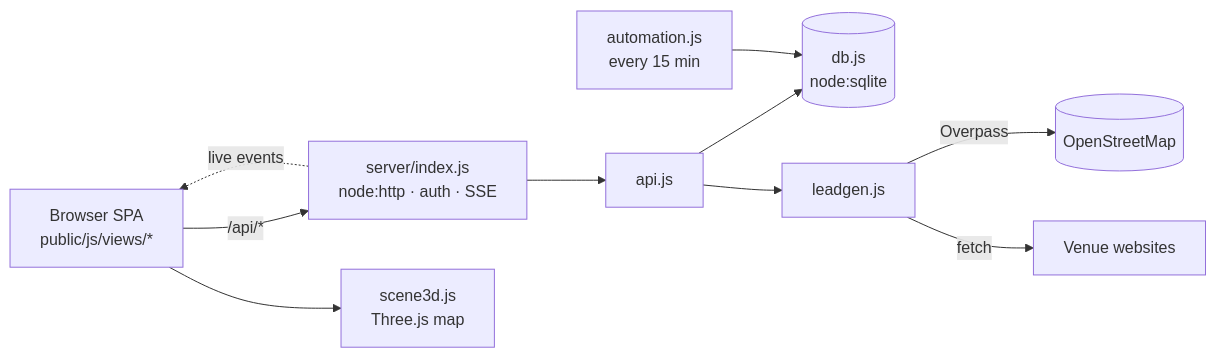
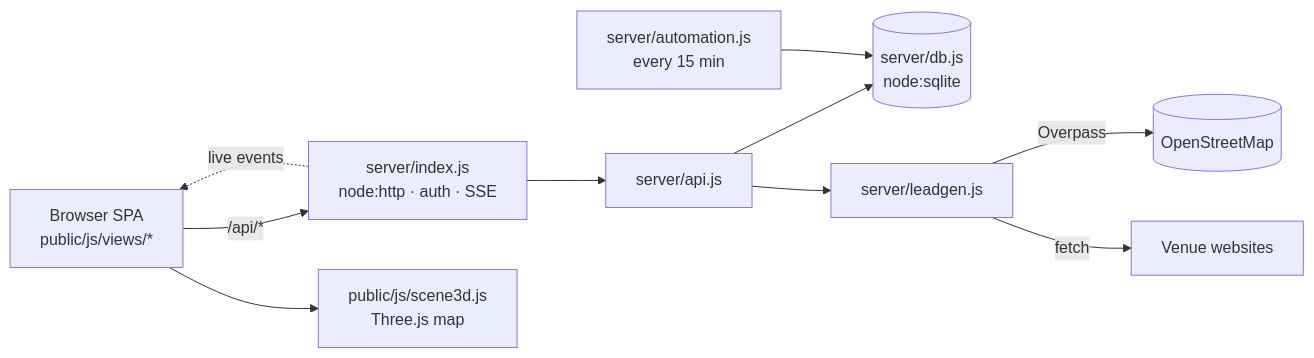
One commit to DimeDataCloud/booking-os changed the diagram in README.md. Above: the diagram before and after it, drawn with Mermaid. The commit also changed other lines of this file, not shown here.

````diff
--- a/README.md
+++ b/README.md
@@ -91,12 +125,12 @@
 ```mermaid
 flowchart LR
     UI[Browser SPA<br/>public/js/views/*] -->|/api/*| S[server/index.js<br/>node:http · auth · SSE]
-    S --> API[api.js]
-    API --> DB[(db.js<br/>node:sqlite)]
-    API --> LG[leadgen.js]
+    S --> API[server/api.js]
+    API --> DB[(server/db.js<br/>node:sqlite)]
+    API --> LG[server/leadgen.js]
     LG -->|Overpass| OSM[(OpenStreetMap)]
     LG -->|fetch| WEB[Venue websites]
-    T[automation.js<br/>every 15 min] --> DB
+    T[server/automation.js<br/>every 15 min] --> DB
     S -.live events.-> UI
-    UI --> M[scene3d.js<br/>Three.js map]
+    UI --> M[public/js/scene3d.js<br/>Three.js map]
 ```
````
